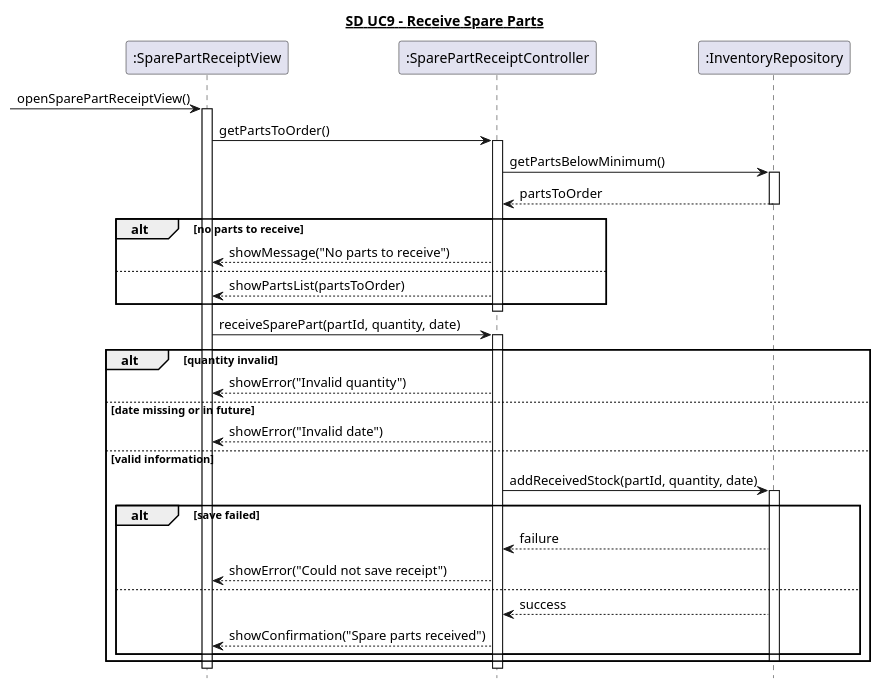
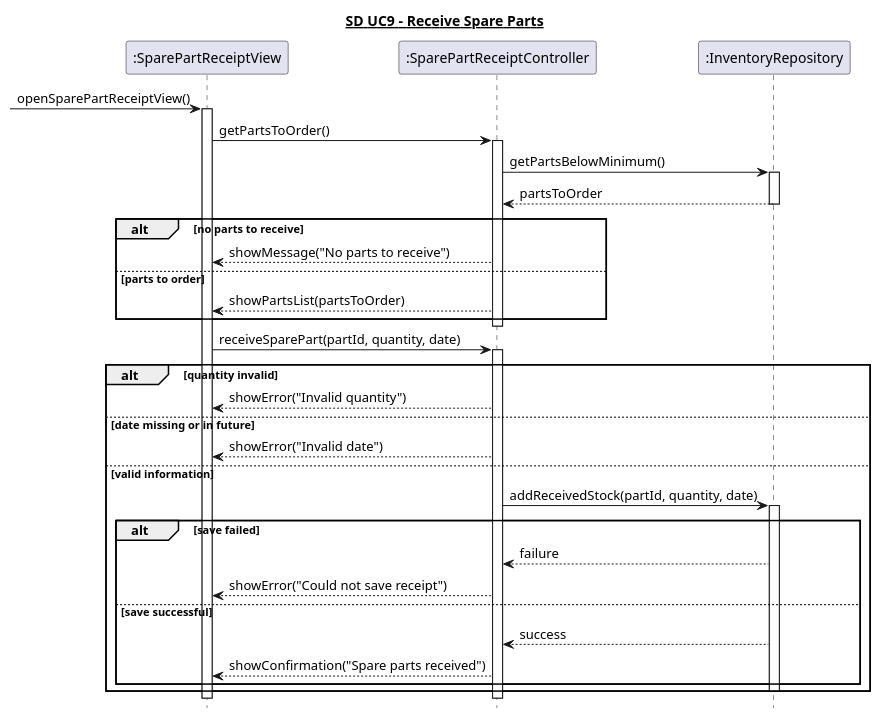
One commit to Zoabz/Getting-Real changed the diagram in 6. Sekvensdiagrammer/UC9_opret_reservedele_modtagelse.puml. Above: the diagram before and after it, drawn with PlantUML. The commit also changed 15 other files, not shown here.

```diff
--- a/6. Sekvensdiagrammer/UC9_opret_reservedele_modtagelse.puml
+++ b/6. Sekvensdiagrammer/UC9_opret_reservedele_modtagelse.puml
@@ -1,57 +1,57 @@
 @startuml
 hide footbox
 title <U>SD UC9 - Receive Spare Parts
 
 participant ":SparePartReceiptView" as View
 participant ":SparePartReceiptController" as Controller
 participant ":InventoryRepository" as Repository
 
 [-> View : openSparePartReceiptView()
 activate View
 
 View -> Controller : getPartsToOrder()
 activate Controller
 
 Controller -> Repository : getPartsBelowMinimum()
 activate Repository
 Repository --> Controller : partsToOrder
 deactivate Repository
 
 alt no parts to receive
     Controller --> View : showMessage("No parts to receive")
 
-else 
+else parts to order
     Controller --> View : showPartsList(partsToOrder)
 end
 
 deactivate Controller
 
 View -> Controller : receiveSparePart(partId, quantity, date)
 activate Controller
 
 alt quantity invalid
     Controller --> View : showError("Invalid quantity")
 
 else date missing or in future
     Controller --> View : showError("Invalid date")
 
 else valid information
     Controller -> Repository : addReceivedStock(partId, quantity, date)
     activate Repository
 
     alt save failed
         Repository --> Controller : failure
         Controller --> View : showError("Could not save receipt")
 
-    else 
+    else save successful
         Repository --> Controller : success
         Controller --> View : showConfirmation("Spare parts received")
     end
 
     deactivate Repository
 end
 
 deactivate Controller
 deactivate View
 
 @enduml
```
